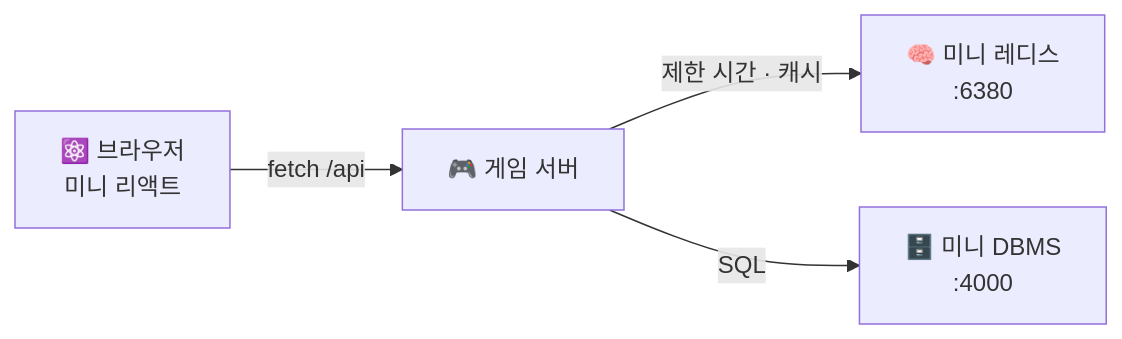
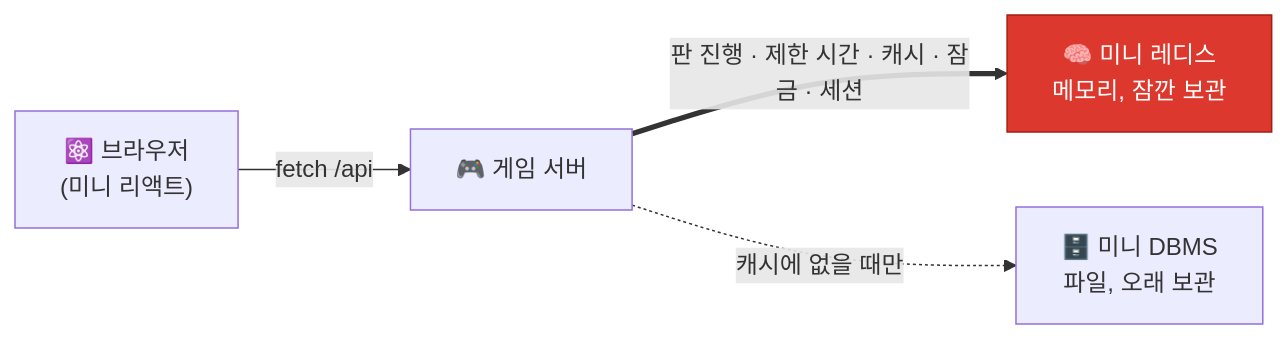
The first of 4 diagrams in README.md (ririzu1202/shiritori), drawn with Mermaid before and after one commit. The commit also changed other lines of this file, not shown here.

First line of the commit message:
README: 미니 레디스 중심으로 재구성

````diff
--- a/README.md
+++ b/README.md
@@ -31,6 +38,7 @@
 ```mermaid
 flowchart LR
-  W["⚛️ 브라우저<br/>미니 리액트"] -- "fetch /api" --> G["🎮 게임 서버"]
-  G -- "제한 시간 · 캐시" --> R["🧠 미니 레디스<br/>:6380"]
-  G -- "SQL" --> D["🗄️ 미니 DBMS<br/>:4000"]
+  W["⚛️ 브라우저<br/>(미니 리액트)"] -- "fetch /api" --> G["🎮 게임 서버"]
+  G == "판 진행 · 제한 시간 · 캐시 · 잠금 · 세션" ==> R["🧠 미니 레디스<br/>메모리, 잠깐 보관"]
+  G -. "캐시에 없을 때만" .-> D["🗄️ 미니 DBMS<br/>파일, 오래 보관"]
+  style R fill:#DC382D,color:#fff,stroke:#A41E11
 ```
````
